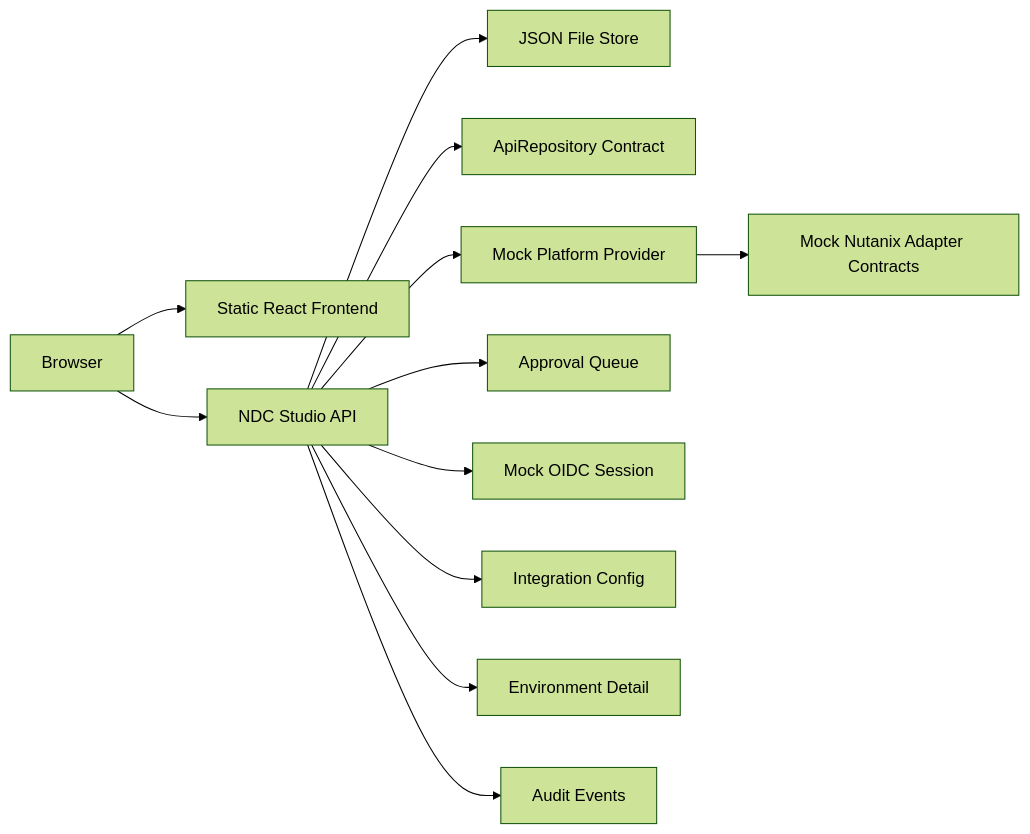
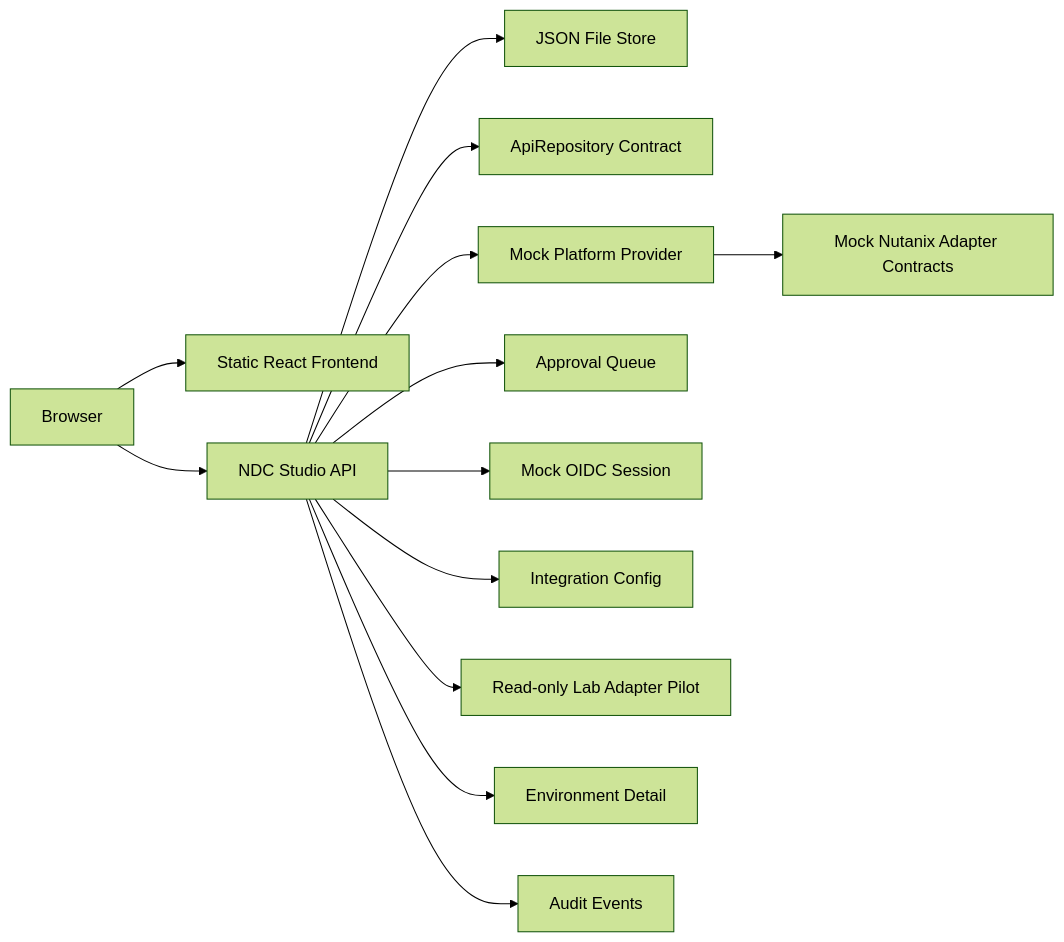
Before and after one commit to VirtuArchitect/nutanix-developer-cloud-studio: the second of 2 diagrams in docs/architecture.md, drawn with Mermaid (forest theme). The commit also changed other lines of this file and 23 other files, not shown here.

Commit message:
Add v0.4 read-only lab adapter pilot

````diff
--- a/docs/architecture.md
+++ b/docs/architecture.md
@@ -21,14 +21,15 @@
 ```mermaid
 flowchart LR
     Browser["Browser"] --> Web["Static React Frontend"]
     Browser --> Api["NDC Studio API"]
     Api --> Store["JSON File Store"]
     Api --> Repo["ApiRepository Contract"]
     Api --> Provider["Mock Platform Provider"]
     Provider --> Adapters["Mock Nutanix Adapter Contracts"]
     Api --> Approvals["Approval Queue"]
     Api --> Identity["Mock OIDC Session"]
     Api --> Config["Integration Config"]
+    Api --> LabAdapters["Read-only Lab Adapter Pilot"]
     Api --> Details["Environment Detail"]
     Api --> Audit["Audit Events"]
 ```
````
